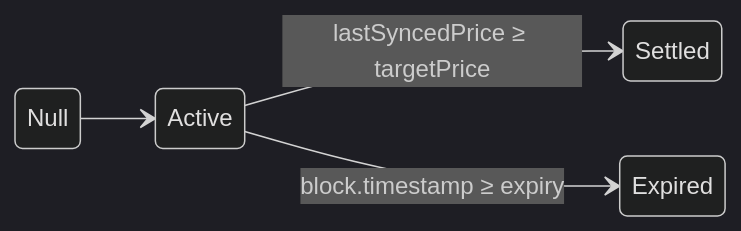
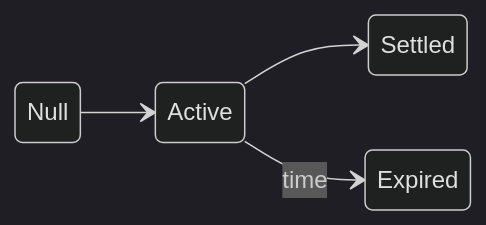
The diagram in docs/concepts/bob/02-statuses.md (sablier-labs/docs), drawn with Mermaid (dark theme) before and after one commit. The commit also changed other lines of this file and 3 other files, not shown here.

````diff
--- a/docs/concepts/bob/02-statuses.md
+++ b/docs/concepts/bob/02-statuses.md
@@ -37,7 +40,7 @@
 ```mermaid
 stateDiagram-v2
   direction LR
   Null --> Active
-  Active --> Settled : lastSyncedPrice ≥ targetPrice
-  Active --> Expired : block.timestamp ≥ expiry
+  Active --> Settled
+  Active --> Expired : time
 ```
````
